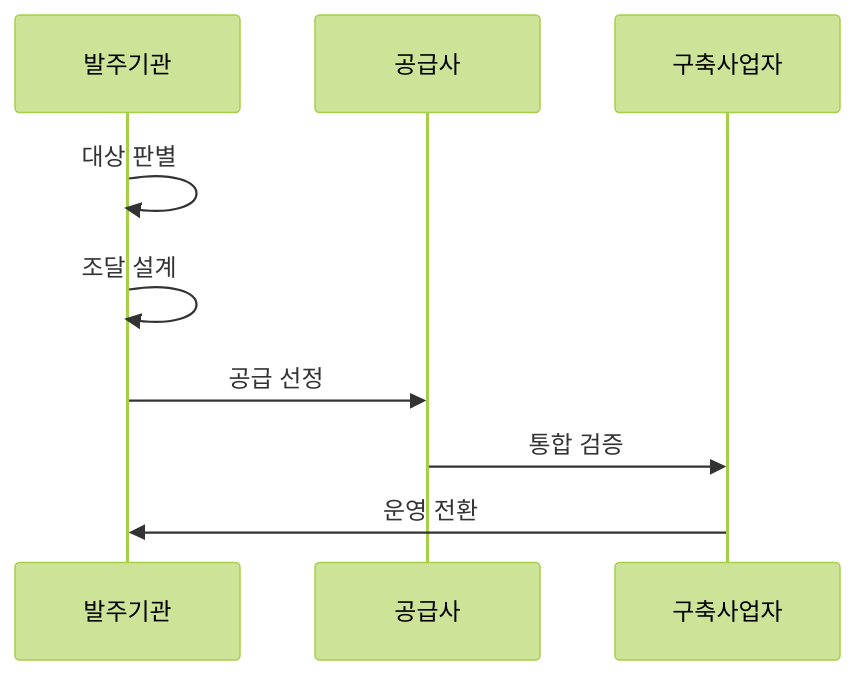
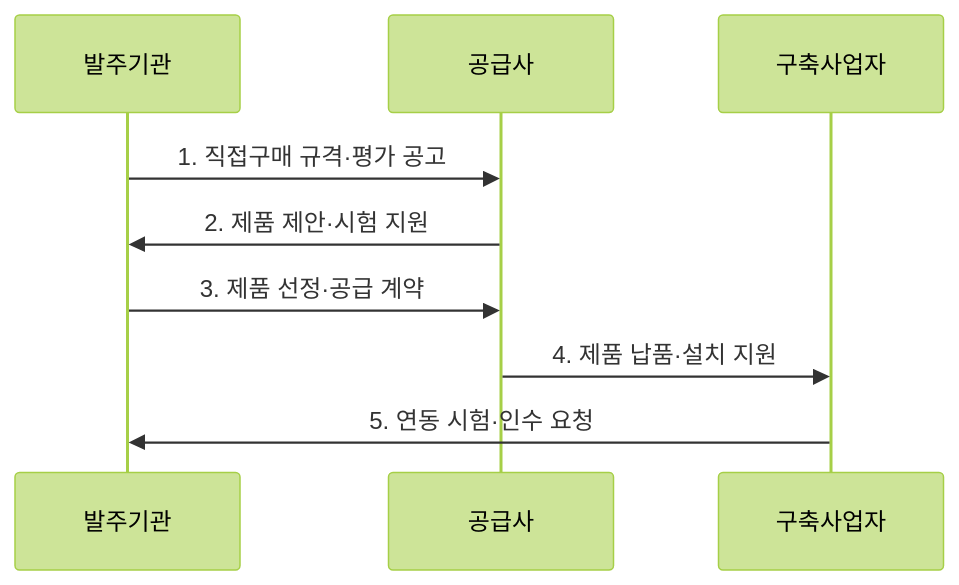
The second of 2 diagrams in src/content/docs/notes/07-law-policy/016_commercial_sw_direct_purchase.md (agnusdei1207/knowledge-base), drawn with Mermaid (forest theme) before and after one commit. The commit also changed other lines of this file and 9 other files, not shown here.

````diff
--- a/src/content/docs/notes/07-law-policy/016_commercial_sw_direct_purchase.md
+++ b/src/content/docs/notes/07-law-policy/016_commercial_sw_direct_purchase.md
@@ -73,11 +78,11 @@
 ```mermaid
 sequenceDiagram
     participant 발주기관
     participant 공급사
     participant 구축사업자
-    발주기관->>발주기관: 대상 판별
-    발주기관->>발주기관: 조달 설계
-    발주기관->>공급사: 공급 선정
-    공급사->>구축사업자: 통합 검증
-    구축사업자->>발주기관: 운영 전환
+    발주기관->>공급사: 1. 직접구매 규격·평가 공고
+    공급사->>발주기관: 2. 제품 제안·시험 지원
+    발주기관->>공급사: 3. 제품 선정·공급 계약
+    공급사->>구축사업자: 4. 제품 납품·설치 지원
+    구축사업자->>발주기관: 5. 연동 시험·인수 요청
 ```
````
